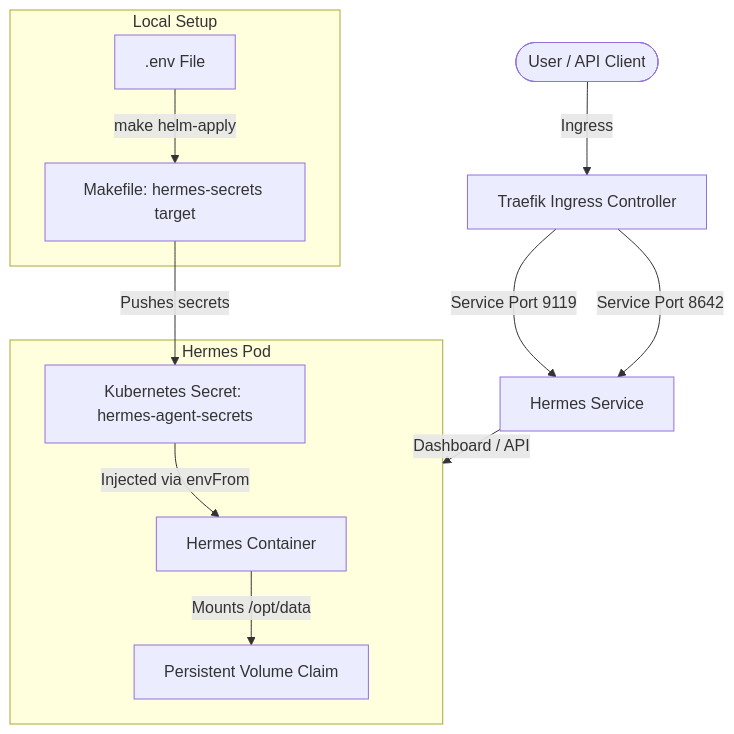
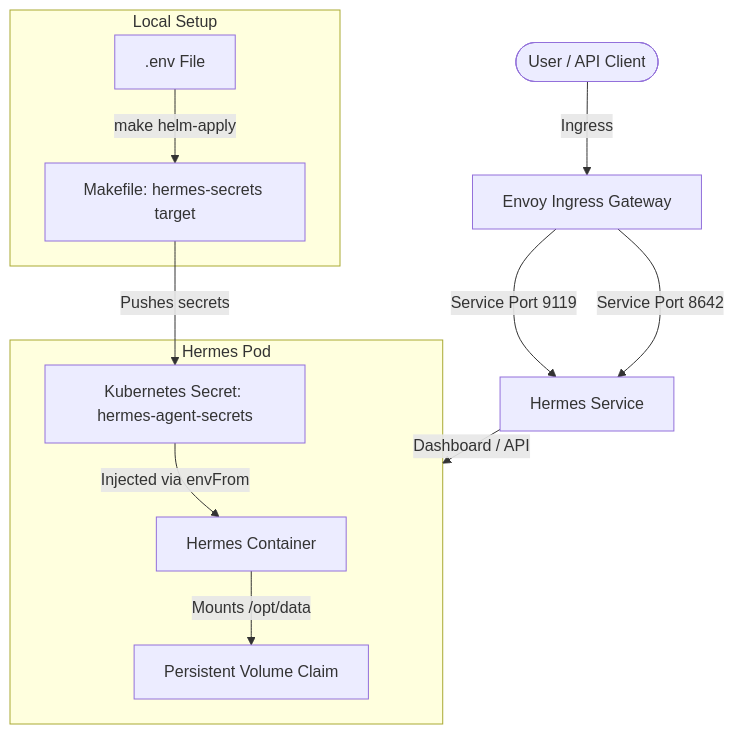
The diagram in helm/charts/hermes-agent/README.md (winguse/oci-infra), drawn with Mermaid before and after one commit. The commit also changed other lines of this file and 72 other files, not shown here.

````diff
--- a/helm/charts/hermes-agent/README.md
+++ b/helm/charts/hermes-agent/README.md
@@ -9,18 +9,18 @@
 ```mermaid
 graph TD
-    User([User / API Client]) -->|Ingress| Traefik[Traefik Ingress Controller]
-    Traefik -->|Service Port 9119| HermesSvc[Hermes Service]
-    Traefik -->|Service Port 8642| HermesSvc
+    User([User / API Client]) -->|Ingress| Envoy[Envoy Ingress Gateway]
+    Envoy -->|Service Port 9119| HermesSvc[Hermes Service]
+    Envoy -->|Service Port 8642| HermesSvc
     HermesSvc -->|Dashboard / API| Pod[Hermes Pod StatefulSet]
     
     subgraph Pod [Hermes Pod]
         Container[Hermes Container]
         Container -->|Mounts /opt/data| PVC[Persistent Volume Claim]
         Secret[Kubernetes Secret: hermes-agent-secrets] -->|Injected via envFrom| Container
     end
     
     subgraph Local [Local Setup]
         EnvFile[.env File] -->|make helm-apply| Makefile[Makefile: hermes-secrets target]
         Makefile -->|Pushes secrets| Secret
     end
 ```
````
